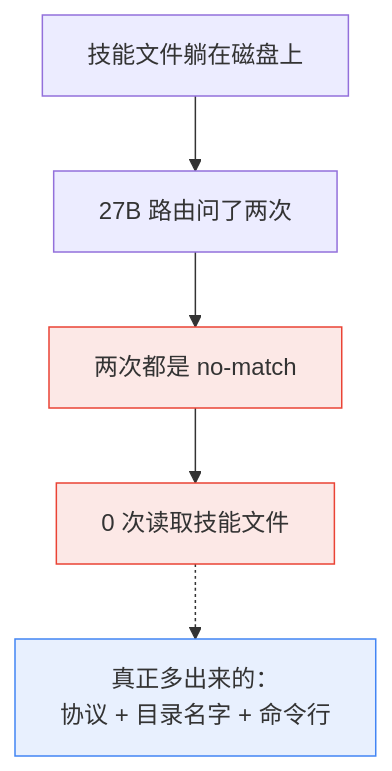
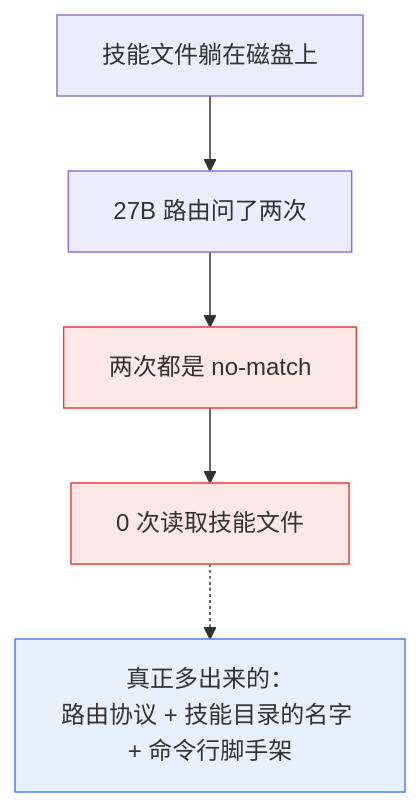
One commit to nehcuh/vibesop-py changed the fifth of 8 diagrams in docs/skill-routing-explained.md. Above: the diagram before and after it, drawn with Mermaid. The commit also changed other lines of this file and 4 other files, not shown here.

````diff
--- a/docs/skill-routing-explained.md
+++ b/docs/skill-routing-explained.md
@@ -163,13 +171,13 @@
 ```mermaid
 flowchart TD
     F["技能文件躺在磁盘上"]
     R["27B 路由问了两次"]
     N["两次都是 no-match"]
     Z["0 次读取技能文件"]
-    S["真正多出来的：<br/>协议 + 目录名字 + 命令行"]
+    S["真正多出来的：<br/>路由协议 + 技能目录的名字 + 命令行脚手架"]
     F --> R --> N --> Z
     Z -.-> S
     style N fill:#fce8e6,stroke:#ea4335
     style Z fill:#fce8e6,stroke:#ea4335
     style S fill:#e8f0fe,stroke:#4285f4
 ```
````
